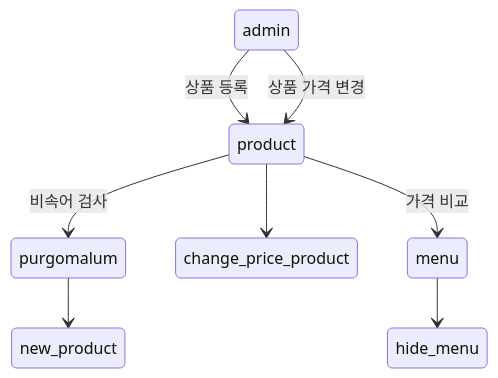
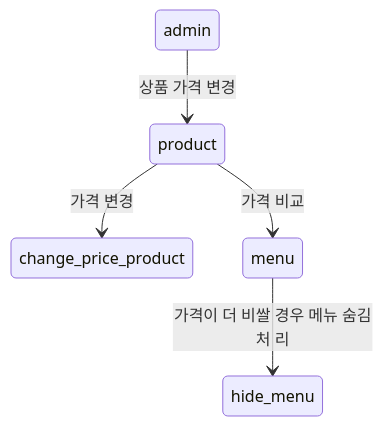
One commit to Whale0928/ddd-strategic-design changed the second of 8 diagrams in README.md. Above: the diagram before and after it, drawn with Mermaid. The commit also changed other lines of this file, not shown here.

````diff
--- a/README.md
+++ b/README.md
@@ -196,11 +211,8 @@
 ```mermaid
 stateDiagram-v2
     table: admin
-    table --> product: 상품 등록
-    product --> purgomalum: 비속어 검사
-    purgomalum --> new_product
     table --> product: 상품 가격 변경
-    product --> change_price_product
+    product --> change_price_product: 가격 변경
     product --> menu: 가격 비교
-    menu --> hide_menu
+    menu --> hide_menu: 가격이 더 비쌀 경우 메뉴 숨김처 리
 ```
````
